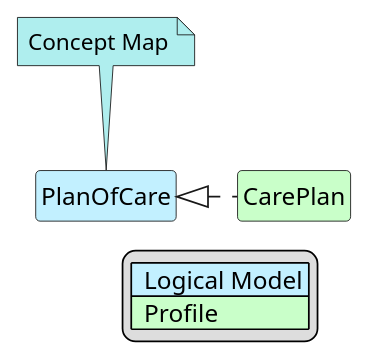
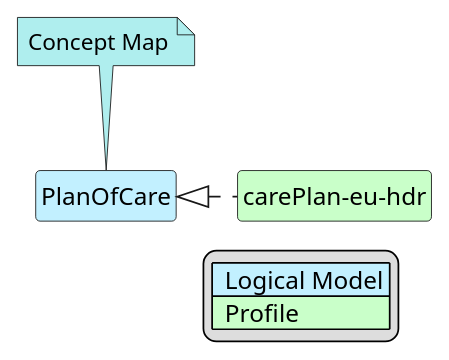
Before and after one commit to hl7-eu/hdr: the diagram in input/images-source/PlanOfCare-map.plantuml, drawn with PlantUML. The commit also changed 15 other files, not shown here.

```diff
--- a/input/images-source/PlanOfCare-map.plantuml
+++ b/input/images-source/PlanOfCare-map.plantuml
@@ -1,21 +1,21 @@
 @startuml
 hide circle
 hide stereotype
 hide members
 hide methods
 skinparam linetype ortho
 skinparam class {
 BackgroundColor<<LogicalModel>> #APPLICATION
 BackgroundColor<<Profile>> #TECHNOLOGY
 }
 legend right
 | <#APPLICATION>  Logical Model |
 | <#TECHNOLOGY>  Profile |
 endlegend
 class "PlanOfCare" <<LogicalModel>> [[StructureDefinition-PlanOfCare.html]]
 note top #PaleTurquoise [[ConceptMap-planOfCare2FHIR-eu-hdr.html]]
 Concept Map
 endnote
-class "CarePlan" <<Profile>> [[http://hl7.org/fhir/StructureDefinition/CarePlan]]
-"PlanOfCare" <|. "CarePlan"
+class "carePlan-eu-hdr" <<Profile>> [[StructureDefinition-carePlan-eu-hdr.html]]
+"PlanOfCare" <|. "carePlan-eu-hdr"
 @enduml
```
